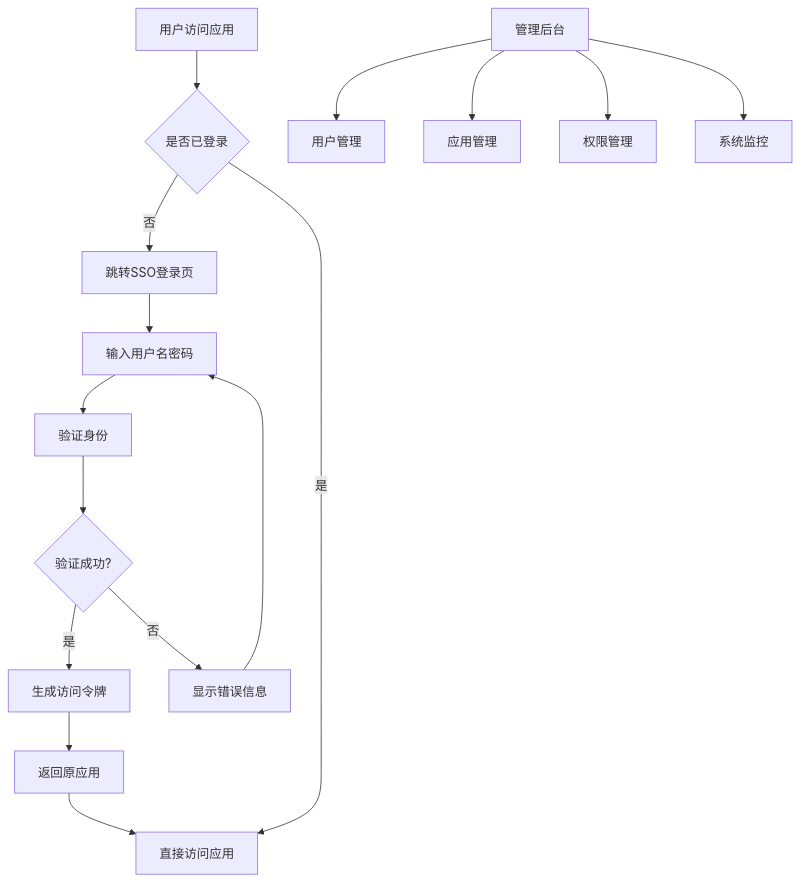
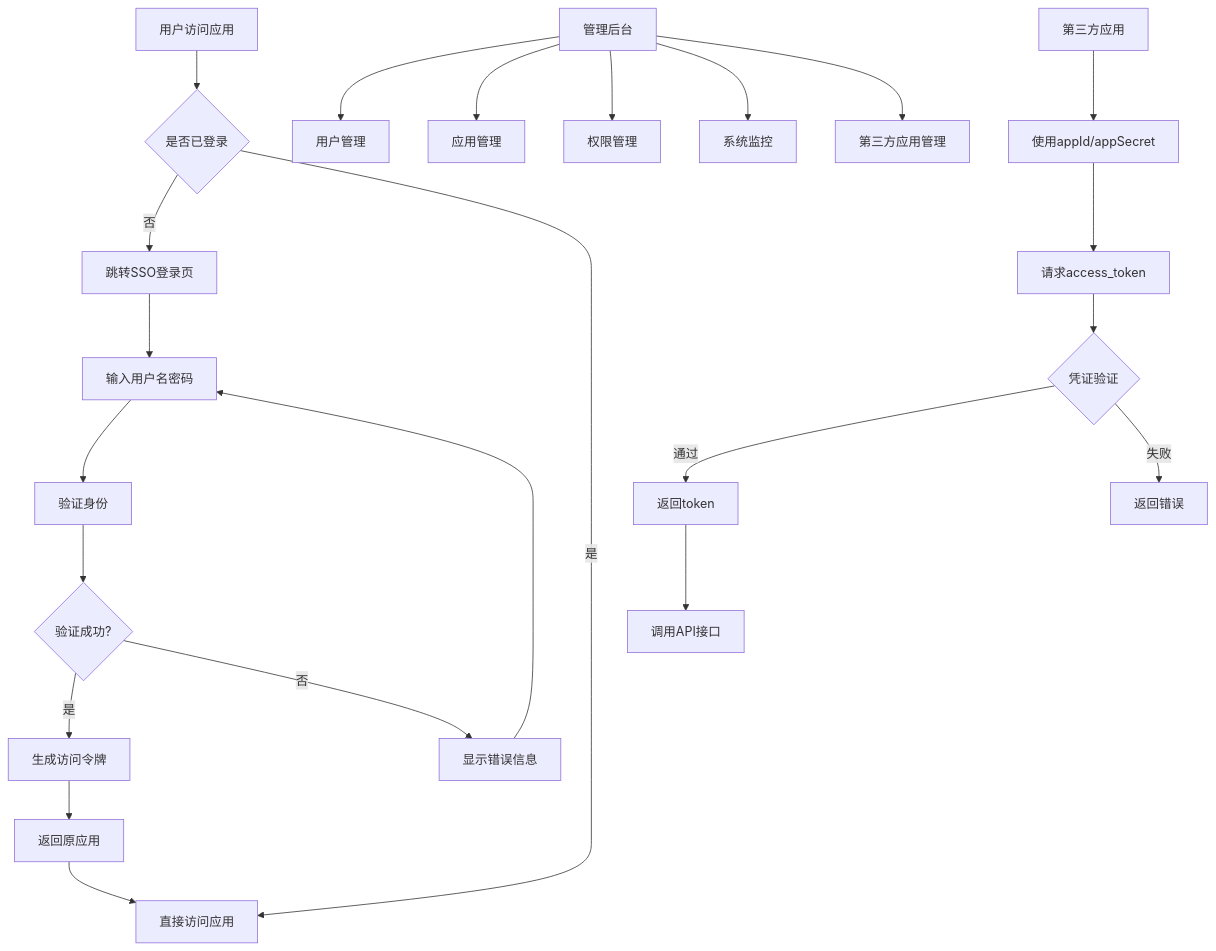
Before and after one commit to skingford/sso-web: the diagram in .trae/documents/sso_product_requirements.md, drawn with Mermaid. The commit also changed other lines of this file and 24 other files, not shown here.

````diff
--- a/.trae/documents/sso_product_requirements.md
+++ b/.trae/documents/sso_product_requirements.md
@@ -82,19 +117,27 @@
 ```mermaid
 graph TD
     A[用户访问应用] --> B{是否已登录}
     B -->|否| C[跳转SSO登录页]
     B -->|是| D[直接访问应用]
     C --> E[输入用户名密码]
     E --> F[验证身份]
     F --> G{验证成功?}
     G -->|是| H[生成访问令牌]
     G -->|否| I[显示错误信息]
     H --> J[返回原应用]
     J --> D
     I --> E
     
     K[管理后台] --> L[用户管理]
     K --> M[应用管理]
     K --> N[权限管理]
     K --> O[系统监控]
+    K --> P[第三方应用管理]
+    
+    Q[第三方应用] --> R[使用appId/appSecret]
+    R --> S[请求access_token]
+    S --> T{凭证验证}
+    T -->|通过| U[返回token]
+    T -->|失败| V[返回错误]
+    U --> W[调用API接口]
 ```
````
